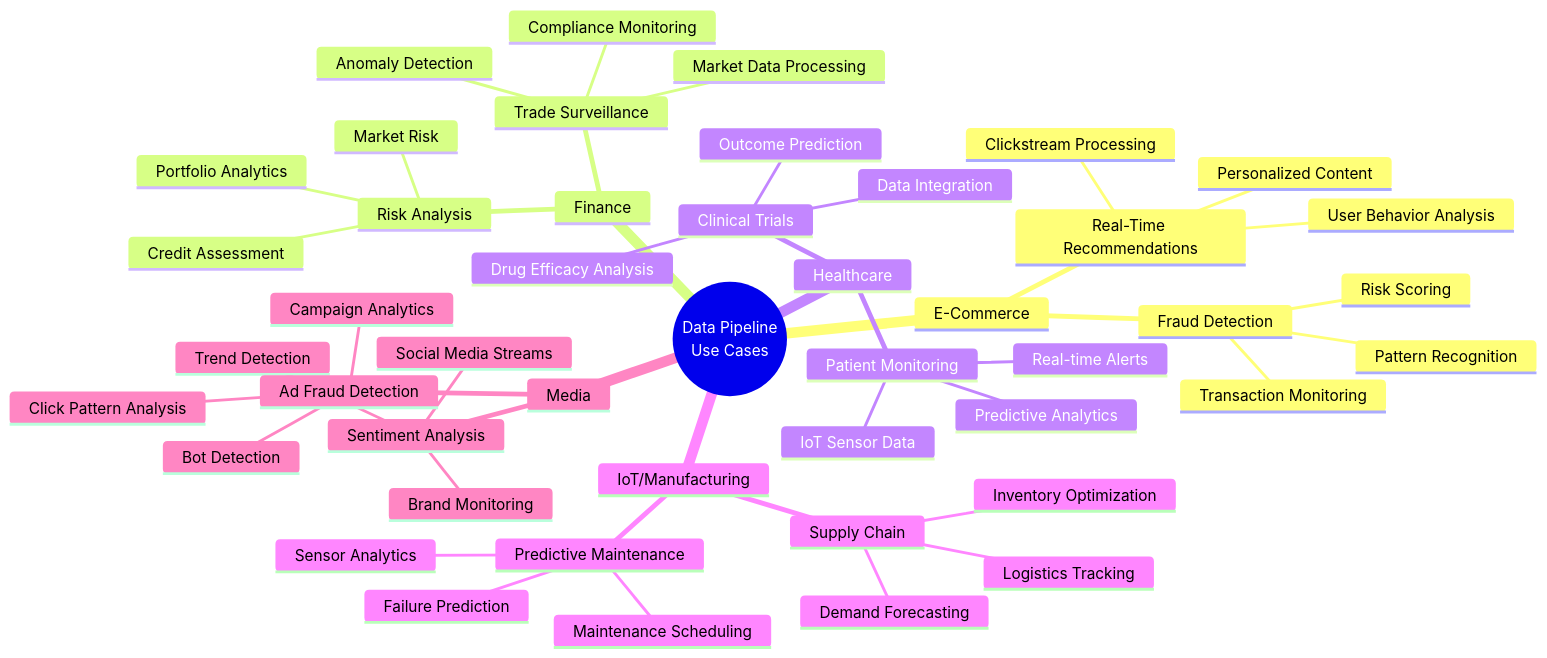
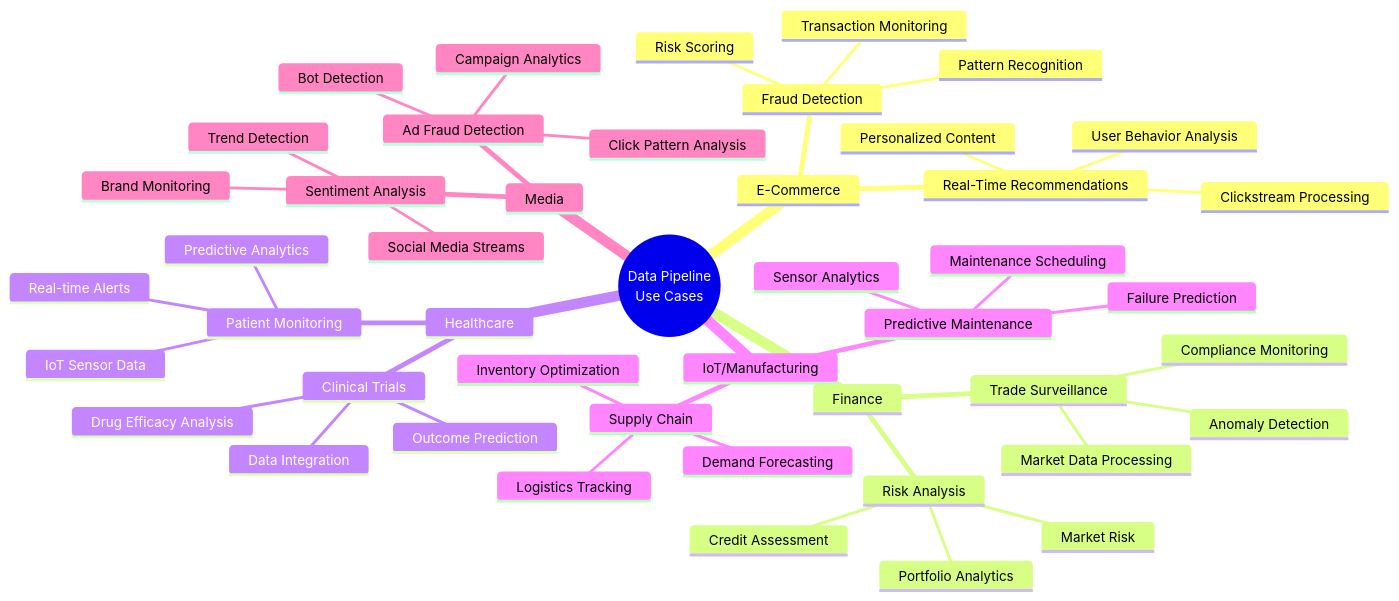
One commit to sherwin-casem/Sherwin-E2E-Data-Platform changed the ninth of 9 diagrams in README.md. Above: the diagram before and after it, drawn with Mermaid.

Commit message:
Add mermaid diagram to Example Applications section
Added a mermaid diagram for data pipeline use cases.

````diff
--- a/README.md
+++ b/README.md
@@ -543,49 +543,50 @@
 ```mermaid
+%%{init: {"theme": "default", "themeVariables": { "primaryColor": "#f9f9f9", "fontSize": "14px", "lineColor": "#000000", "textColor": "#000000", "background": "#ffffff"}}}%%
 mindmap
   root((Data Pipeline<br/>Use Cases))
     E-Commerce
       Real-Time Recommendations
         Clickstream Processing
         User Behavior Analysis
         Personalized Content
       Fraud Detection
         Transaction Monitoring
         Pattern Recognition
         Risk Scoring
     Finance
       Risk Analysis
         Credit Assessment
         Portfolio Analytics
         Market Risk
       Trade Surveillance
         Market Data Processing
         Compliance Monitoring
         Anomaly Detection
     Healthcare
       Patient Monitoring
         IoT Sensor Data
         Real-time Alerts
         Predictive Analytics
       Clinical Trials
         Data Integration
         Outcome Prediction
         Drug Efficacy Analysis
     IoT/Manufacturing
       Predictive Maintenance
         Sensor Analytics
         Failure Prediction
         Maintenance Scheduling
       Supply Chain
         Inventory Optimization
         Logistics Tracking
         Demand Forecasting
     Media
       Sentiment Analysis
         Social Media Streams
         Brand Monitoring
         Trend Detection
       Ad Fraud Detection
         Click Pattern Analysis
         Bot Detection
         Campaign Analytics
 ```
````
